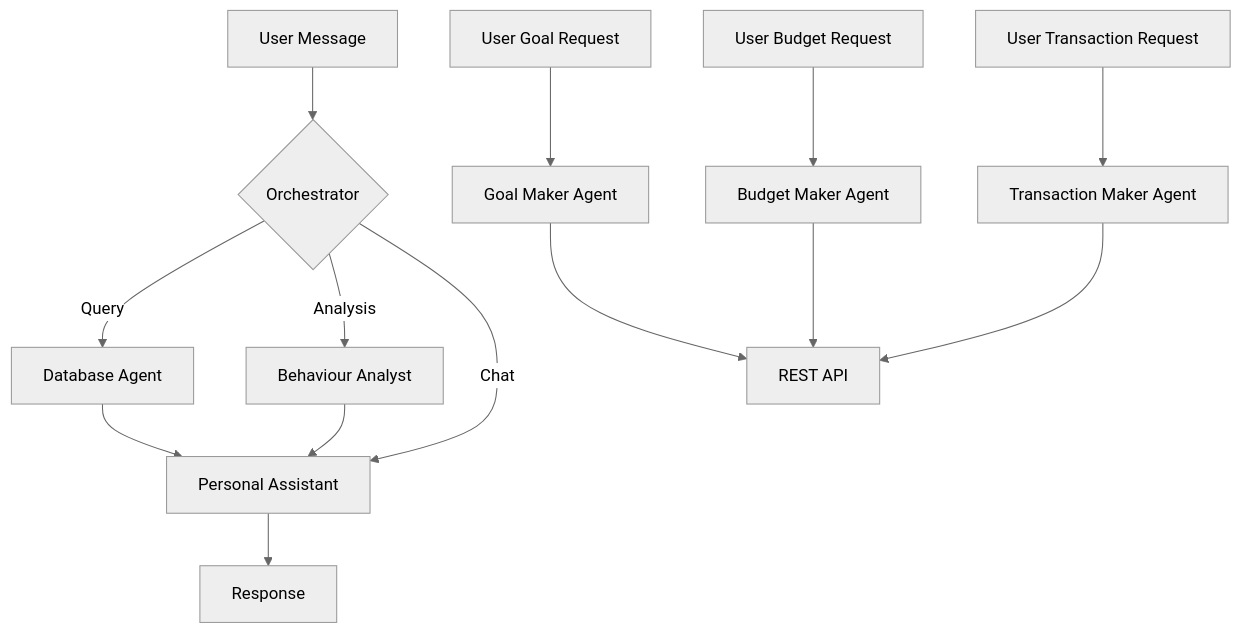
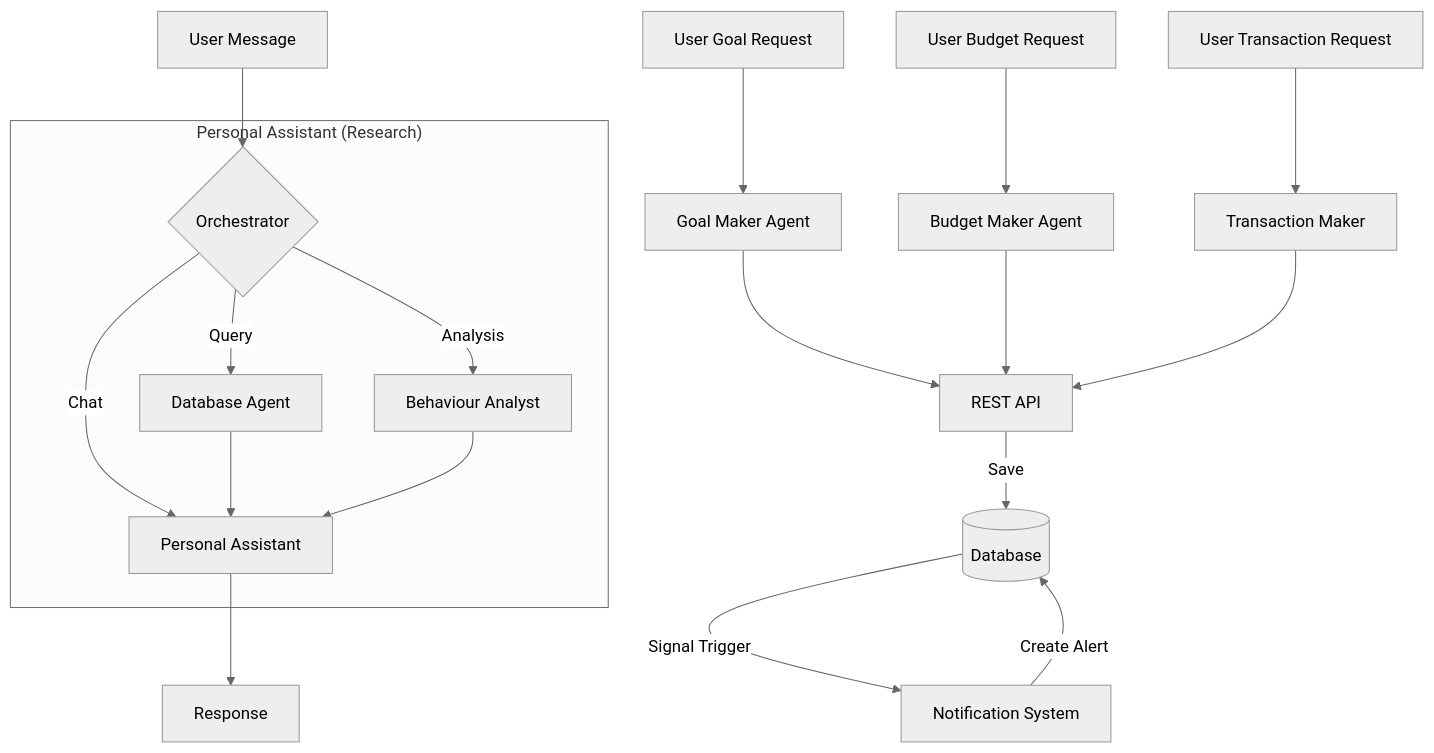
The second of 3 diagrams in README.md (Apo-Eclipse/Grad), drawn with Mermaid (neutral theme) before and after one commit. The commit also changed other lines of this file and 9 other files, not shown here.

````diff
--- a/README.md
+++ b/README.md
@@ -31,19 +74,31 @@
 ```mermaid
 graph TD
-    User[User Message] --> Router{Orchestrator}
-    Router -->|Query| DBAgent[Database Agent]
-    Router -->|Analysis| Analyst[Behaviour Analyst]
-    Router -->|Chat| Chat[Personal Assistant]
-    DBAgent --> Chat
-    Analyst --> Chat
+    subgraph Personal_Assistant ["Personal Assistant (Research)"]
+        Router{Orchestrator}
+        DBAgent[Database Agent]
+        Analyst[Behaviour Analyst]
+        Chat[Personal Assistant]
+
+        Router -->|Query| DBAgent
+        Router -->|Analysis| Analyst
+        Router -->|Chat| Chat
+        DBAgent --> Chat
+        Analyst --> Chat
+    end
+    
+    User[User Message] --> Router
     Chat --> Final[Response]
     
     User2[User Goal Request] --> GoalMaker[Goal Maker Agent]
     GoalMaker --> API[REST API]
 
     User3[User Budget Request] --> BudgetMaker[Budget Maker Agent]
     BudgetMaker --> API
-
-    User4[User Transaction Request] --> TransactionMaker[Transaction Maker Agent]
+    
+    User4[User Transaction Request] --> TransactionMaker[Transaction Maker]
     TransactionMaker --> API
+    
+    API -->|Save| DB[(Database)]
+    DB -->|Signal Trigger| NotificationSystem[Notification System]
+    NotificationSystem -->|Create Alert| DB
 ```
````
